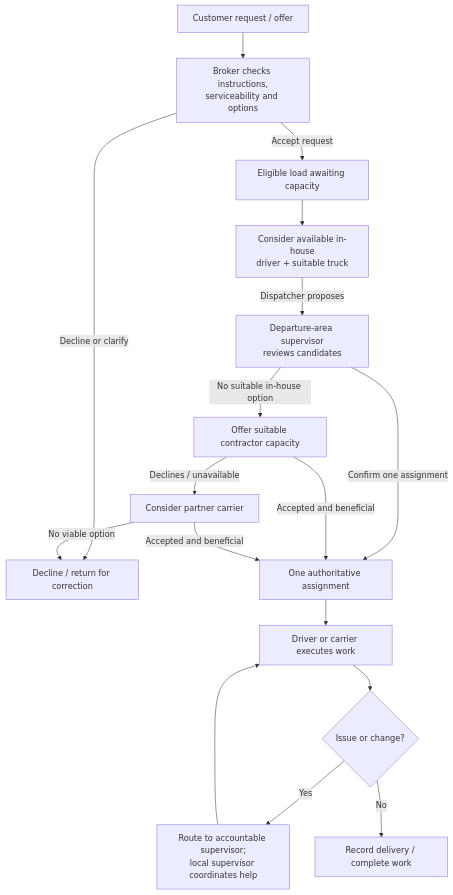
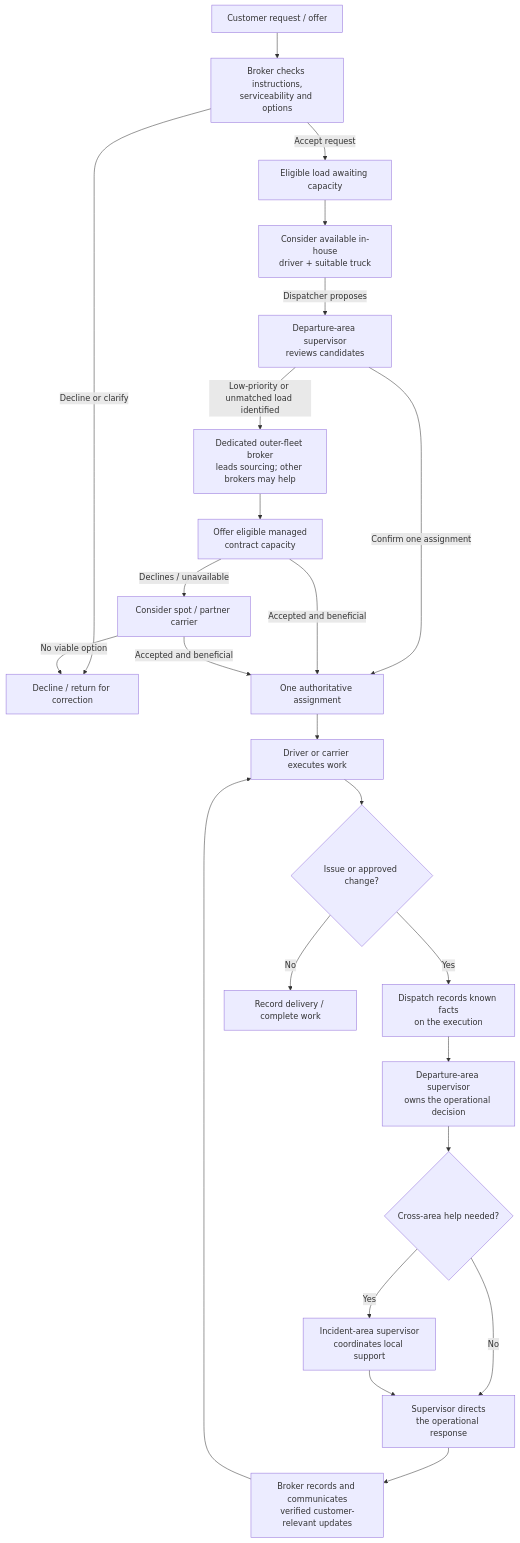
Before and after one commit to funnyMans/Node.js_Boilerplate: the first of 3 diagrams in docs/trucking/WORKFLOW.md, drawn with Mermaid. The commit also changed other lines of this file and 5 other files, not shown here.

````diff
--- a/docs/trucking/WORKFLOW.md
+++ b/docs/trucking/WORKFLOW.md
@@ -5,19 +11,26 @@
 ```mermaid
 flowchart TD
     Request["Customer request / offer"] --> Broker["Broker checks instructions,<br/>serviceability and options"]
     Broker -->|Decline or clarify| Close["Decline / return for correction"]
     Broker -->|Accept request| Stack["Eligible load awaiting capacity"]
     Stack --> InHouse["Consider available in-house<br/>driver + suitable truck"]
     InHouse -->|Dispatcher proposes| Supervisor["Departure-area supervisor<br/>reviews candidates"]
     Supervisor -->|Confirm one assignment| Assigned["One authoritative assignment"]
-    Supervisor -->|No suitable in-house option| Contractor["Offer suitable contractor capacity"]
+    Supervisor -->|Low-priority or unmatched load identified| OuterBroker["Dedicated outer-fleet broker<br/>leads sourcing; other brokers may help"]
+    OuterBroker --> Contractor["Offer eligible managed<br/>contract capacity"]
     Contractor -->|Accepted and beneficial| Assigned
-    Contractor -->|Declines / unavailable| Partner["Consider partner carrier"]
+    Contractor -->|Declines / unavailable| Partner["Consider spot / partner carrier"]
     Partner -->|Accepted and beneficial| Assigned
     Partner -->|No viable option| Close
     Assigned --> Execute["Driver or carrier executes work"]
-    Execute --> Exception{"Issue or change?"}
-    Exception -->|Yes| Owner["Route to accountable supervisor;<br/>local supervisor coordinates help"]
-    Owner --> Execute
+    Execute --> Exception{"Issue or approved change?"}
+    Exception -->|Yes| Record["Dispatch records known facts<br/>on the execution"]
+    Record --> Owner["Departure-area supervisor<br/>owns the operational decision"]
+    Owner --> Support{"Cross-area help needed?"}
+    Support -->|Yes| Local["Incident-area supervisor<br/>coordinates local support"]
+    Support -->|No| Response["Supervisor directs<br/>the operational response"]
+    Local --> Response
+    Response --> CustomerUpdate["Broker records and communicates<br/>verified customer-relevant updates"]
+    CustomerUpdate --> Execute
     Exception -->|No| Complete["Record delivery / complete work"]
 ```
````
